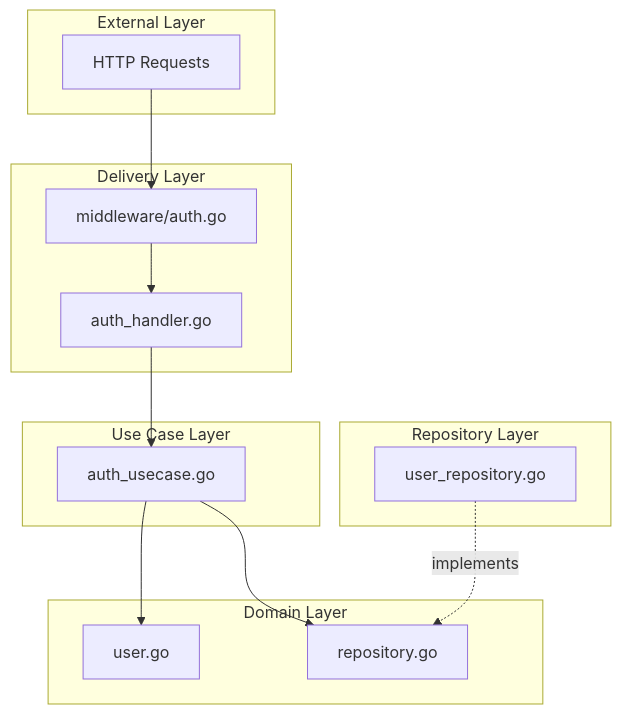
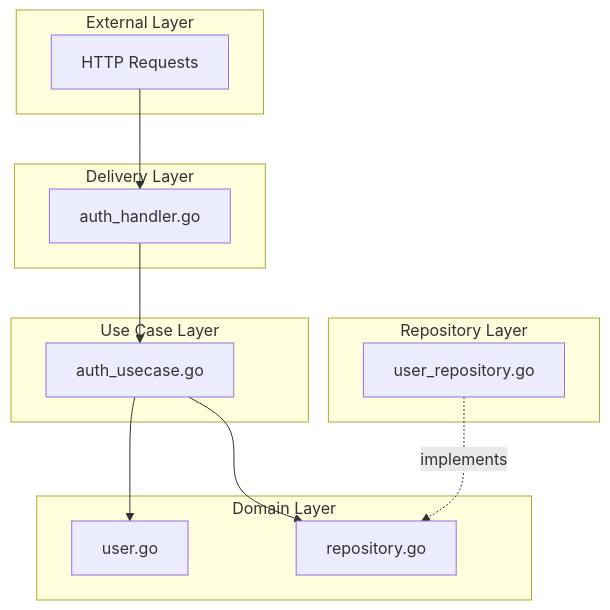
Before and after one commit to AleksandrSmirnov92/auth-playground: the diagram in 01-basic-auth/go/ARCHITECTURE.md, drawn with Mermaid. The commit also changed other lines of this file and 17 other files, not shown here.

````diff
--- a/01-basic-auth/go/ARCHITECTURE.md
+++ b/01-basic-auth/go/ARCHITECTURE.md
@@ -165,31 +120,29 @@
 ```mermaid
 graph TB
     subgraph External["External Layer"]
         HTTP[HTTP Requests]
     end
 
     subgraph Delivery["Delivery Layer"]
         Handler[auth_handler.go]
-        Middleware[middleware/auth.go]
     end
 
     subgraph UseCase["Use Case Layer"]
         Auth[auth_usecase.go]
     end
 
     subgraph Domain["Domain Layer"]
         User[user.go]
         RepoInterface[repository.go]
     end
 
     subgraph Repository["Repository Layer"]
         Memory[user_repository.go]
     end
 
-    HTTP --> Middleware
-    Middleware --> Handler
+    HTTP --> Handler
     Handler --> Auth
     Auth --> RepoInterface
     Auth --> User
     Memory -.implements.-> RepoInterface
 ```
````
